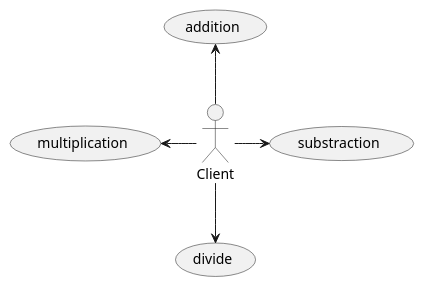
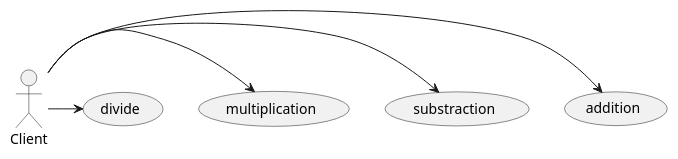
Before and after one commit to vishykaranth/design-and-build-app: the diagram in src/requirements/calculator/calculator_use_cases.puml, drawn with PlantUML. The commit also changed 53 other files, not shown here.

```diff
--- a/src/requirements/calculator/calculator_use_cases.puml
+++ b/src/requirements/calculator/calculator_use_cases.puml
@@ -1,12 +1,12 @@
 @startuml
 
-Client -up-> (addition)
+Client -right-> (addition)
 Client -right-> (substraction)
-Client -left-> (multiplication)
-Client -down-> (divide)
+Client -right-> (multiplication)
+Client -right-> (divide)
 
 'note right of (addition)
 'Add two numbers
 'end note
 
 @enduml
```
